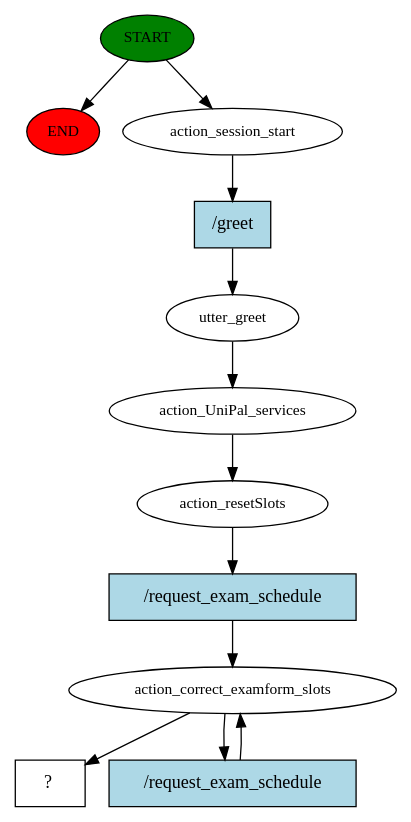
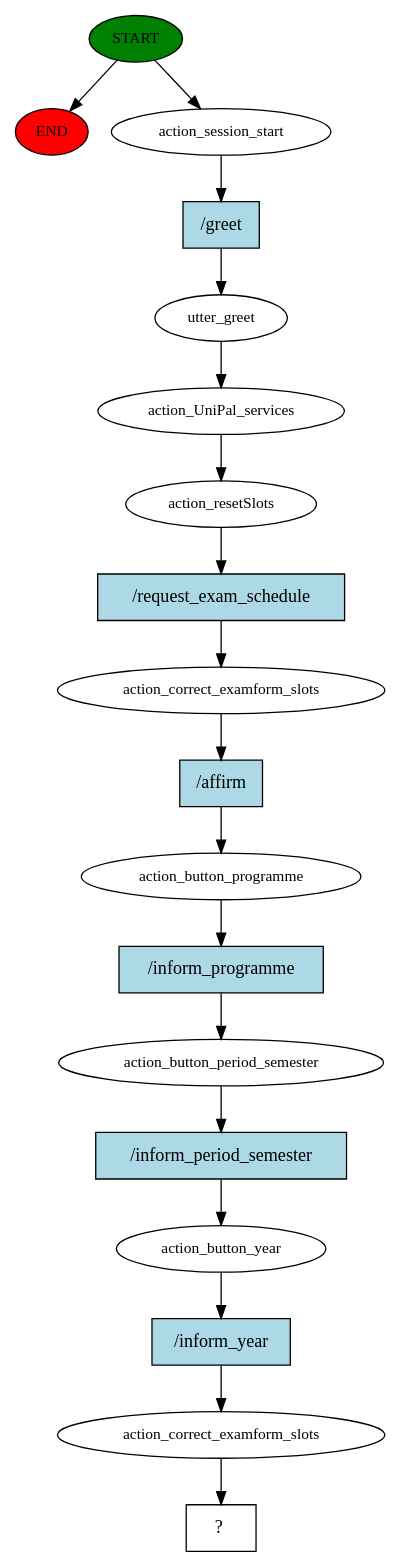
One commit to theatina/UniPal changed the diagram in UniPal/story_graph.dot. Above: the diagram before and after it, drawn with Graphviz. The commit also changed 17 other files, not shown here.

```diff
--- a/UniPal/story_graph.dot
+++ b/UniPal/story_graph.dot
@@ -1,24 +1,37 @@
 digraph  {
 0 [class="start active", fillcolor=green, fontsize=12, label=START, style=filled];
 "-1" [class=end, fillcolor=red, fontsize=12, label=END, style=filled];
 1 [class=active, fontsize=12, label=action_session_start];
 2 [class=active, fontsize=12, label=utter_greet];
 3 [class=active, fontsize=12, label=action_UniPal_services];
 4 [class=active, fontsize=12, label=action_resetSlots];
 5 [class=active, fontsize=12, label=action_correct_examform_slots];
-14 [class="intent dashed active", label="  ?  ", shape=rect];
-15 [class="intent active", fillcolor=lightblue, label="/greet", shape=rect, style=filled];
-16 [class="intent active", fillcolor=lightblue, label="/request_exam_schedule", shape=rect, style=filled];
-17 [class="intent active", fillcolor=lightblue, label="/request_exam_schedule", shape=rect, style=filled];
+6 [class=active, fontsize=12, label=action_button_programme];
+7 [class=active, fontsize=12, label=action_button_period_semester];
+8 [class=active, fontsize=12, label=action_button_year];
+9 [class=active, fontsize=12, label=action_correct_examform_slots];
+10 [class="intent dashed active", label="  ?  ", shape=rect];
+11 [class="intent active", fillcolor=lightblue, label="/greet", shape=rect, style=filled];
+12 [class="intent active", fillcolor=lightblue, label="/request_exam_schedule", shape=rect, style=filled];
+13 [class="intent active", fillcolor=lightblue, label="/affirm", shape=rect, style=filled];
+14 [class="intent active", fillcolor=lightblue, label="/inform_programme", shape=rect, style=filled];
+15 [class="intent active", fillcolor=lightblue, label="/inform_period_semester", shape=rect, style=filled];
+16 [class="intent active", fillcolor=lightblue, label="/inform_year", shape=rect, style=filled];
 0 -> "-1"  [class="", key=NONE, label=""];
 0 -> 1  [class=active, key=NONE, label=""];
-1 -> 15  [class=active, key=0];
+1 -> 11  [class=active, key=0];
 2 -> 3  [class=active, key=NONE, label=""];
 3 -> 4  [class=active, key=NONE, label=""];
-4 -> 16  [class=active, key=0];
-5 -> 14  [class=active, key=NONE, label=""];
-5 -> 17  [class=active, key=0];
-15 -> 2  [class=active, key=0];
-16 -> 5  [class=active, key=0];
-17 -> 5  [class=active, key=0];
+4 -> 12  [class=active, key=0];
+5 -> 13  [class=active, key=0];
+6 -> 14  [class=active, key=0];
+7 -> 15  [class=active, key=0];
+8 -> 16  [class=active, key=0];
+9 -> 10  [class=active, key=NONE, label=""];
+11 -> 2  [class=active, key=0];
+12 -> 5  [class=active, key=0];
+13 -> 6  [class=active, key=0];
+14 -> 7  [class=active, key=0];
+15 -> 8  [class=active, key=0];
+16 -> 9  [class=active, key=0];
 }
```
